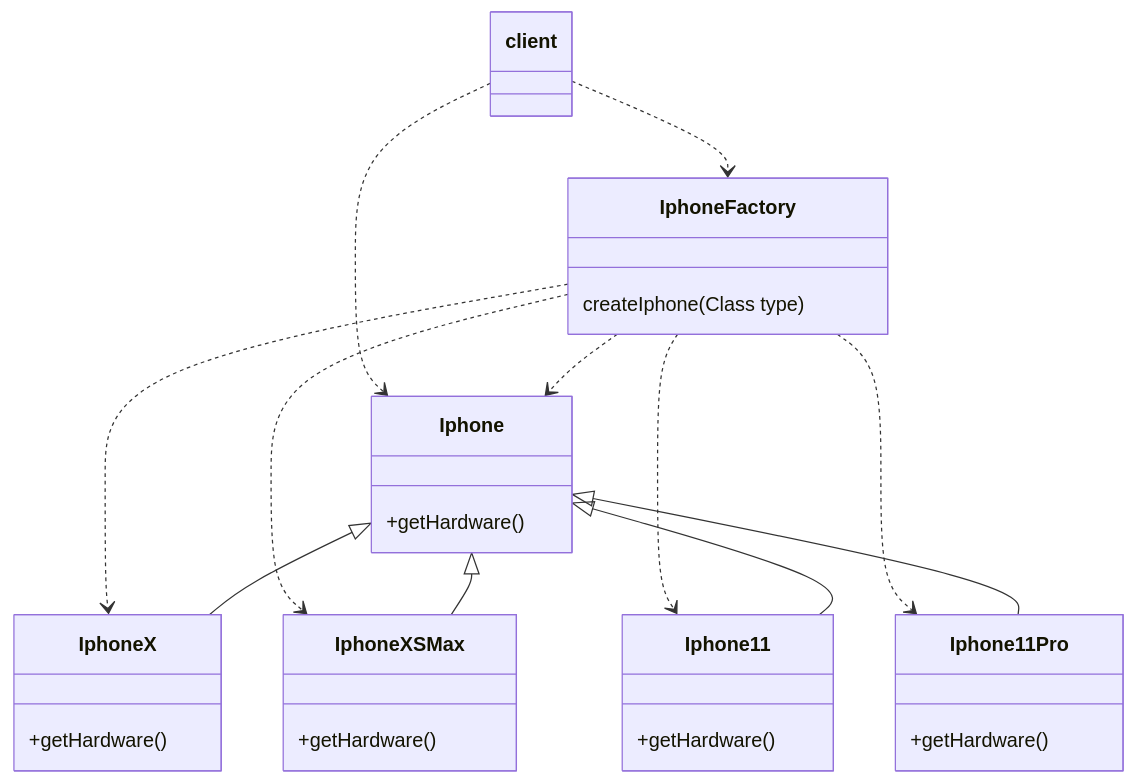
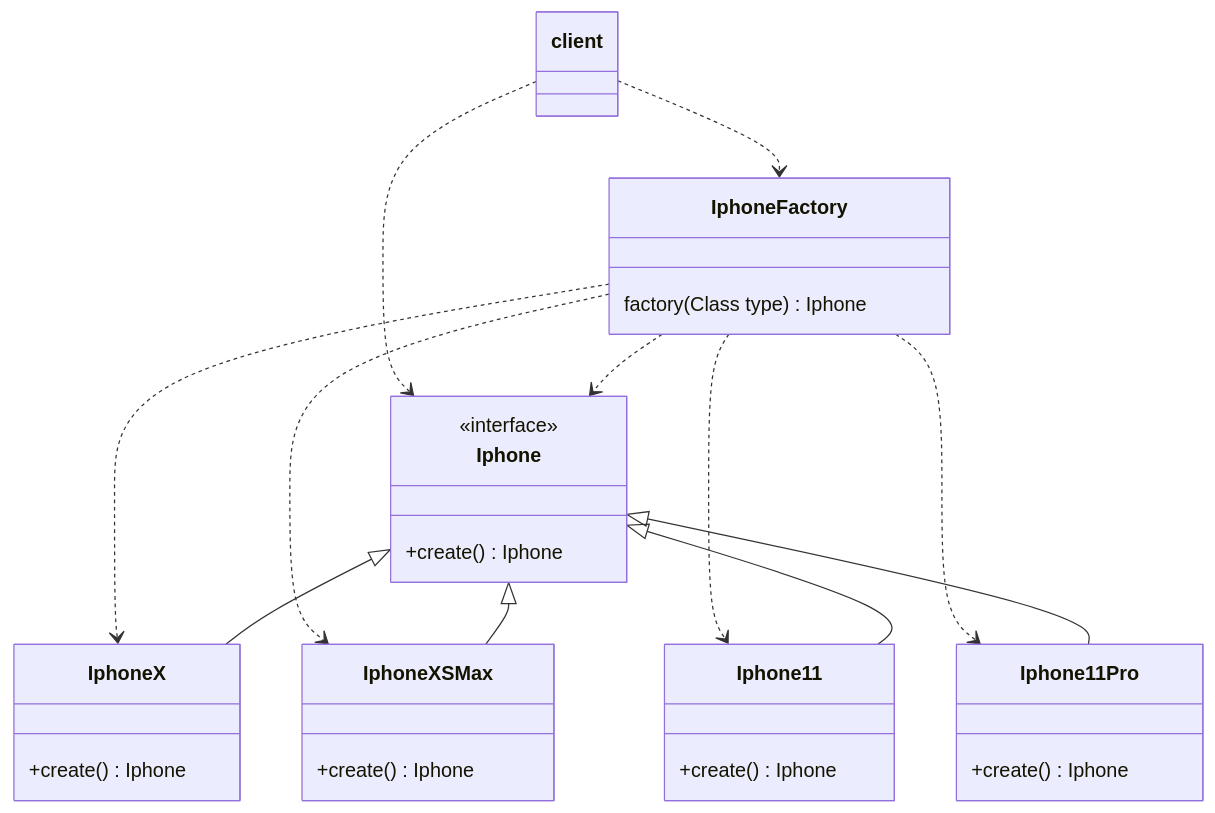
One commit to bcmes/design-patterns changed the second of 4 diagrams in README.md. Above: the diagram before and after it, drawn with Mermaid. The commit also changed other lines of this file, not shown here.

Commit message:
study factory method

````diff
--- a/README.md
+++ b/README.md
@@ -49,20 +49,23 @@
 ```mermaid
 classDiagram
 client ..> IphoneFactory
 client ..> Iphone
 IphoneFactory ..> Iphone
 IphoneFactory ..> IphoneX
 IphoneFactory ..> IphoneXSMax
 IphoneFactory ..> Iphone11
 IphoneFactory ..> Iphone11Pro
 Iphone <|-- IphoneX
 Iphone <|-- IphoneXSMax
 Iphone <|-- Iphone11
 Iphone <|-- Iphone11Pro
-IphoneFactory: createIphone(Class<?> type)
-Iphone: +getHardware()
-IphoneX: +getHardware()
-IphoneXSMax: +getHardware()
-Iphone11: +getHardware()
-Iphone11Pro: +getHardware()
+IphoneFactory: factory(Class<?> type) Iphone
+class Iphone{
+<<interface>>
++create() Iphone
+}
+IphoneX: +create() Iphone
+IphoneXSMax: +create() Iphone
+Iphone11: +create() Iphone
+Iphone11Pro: +create() Iphone
 ```
````
